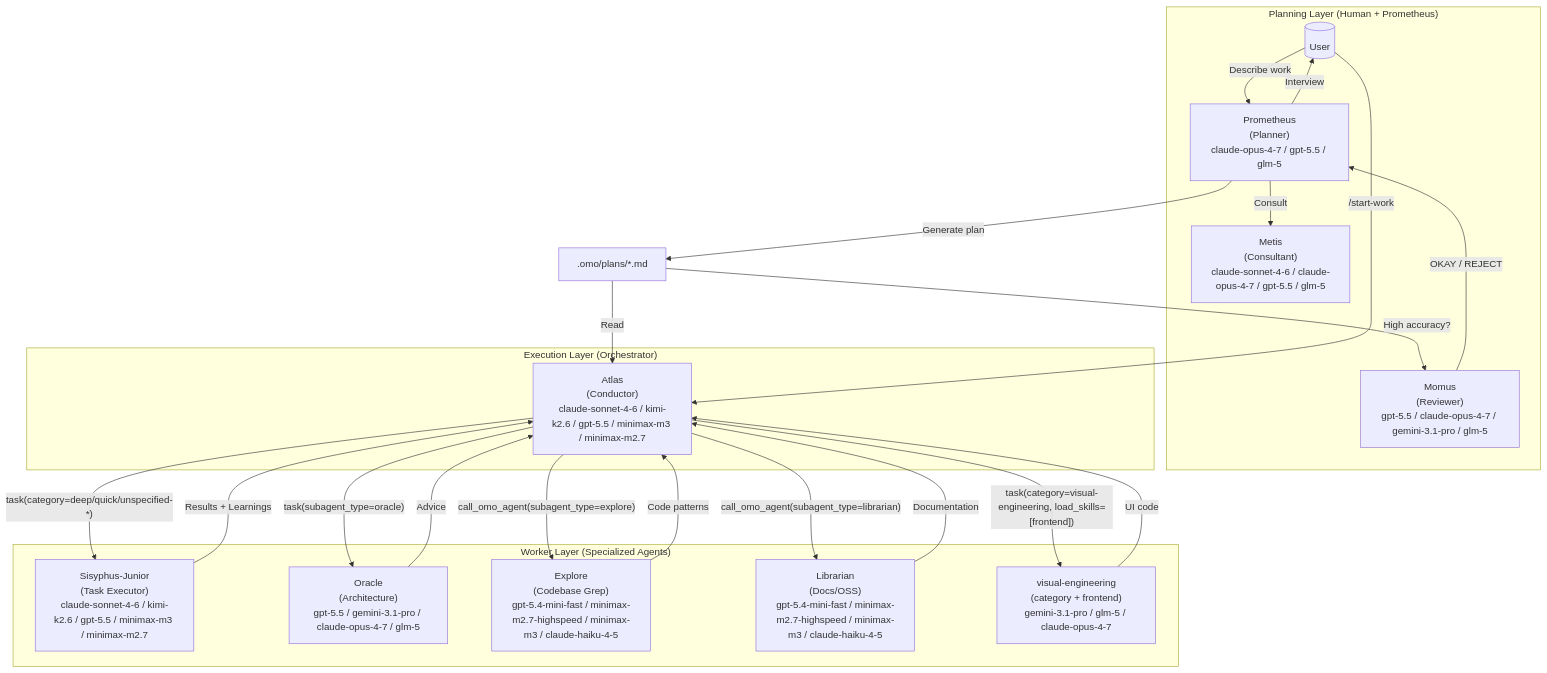
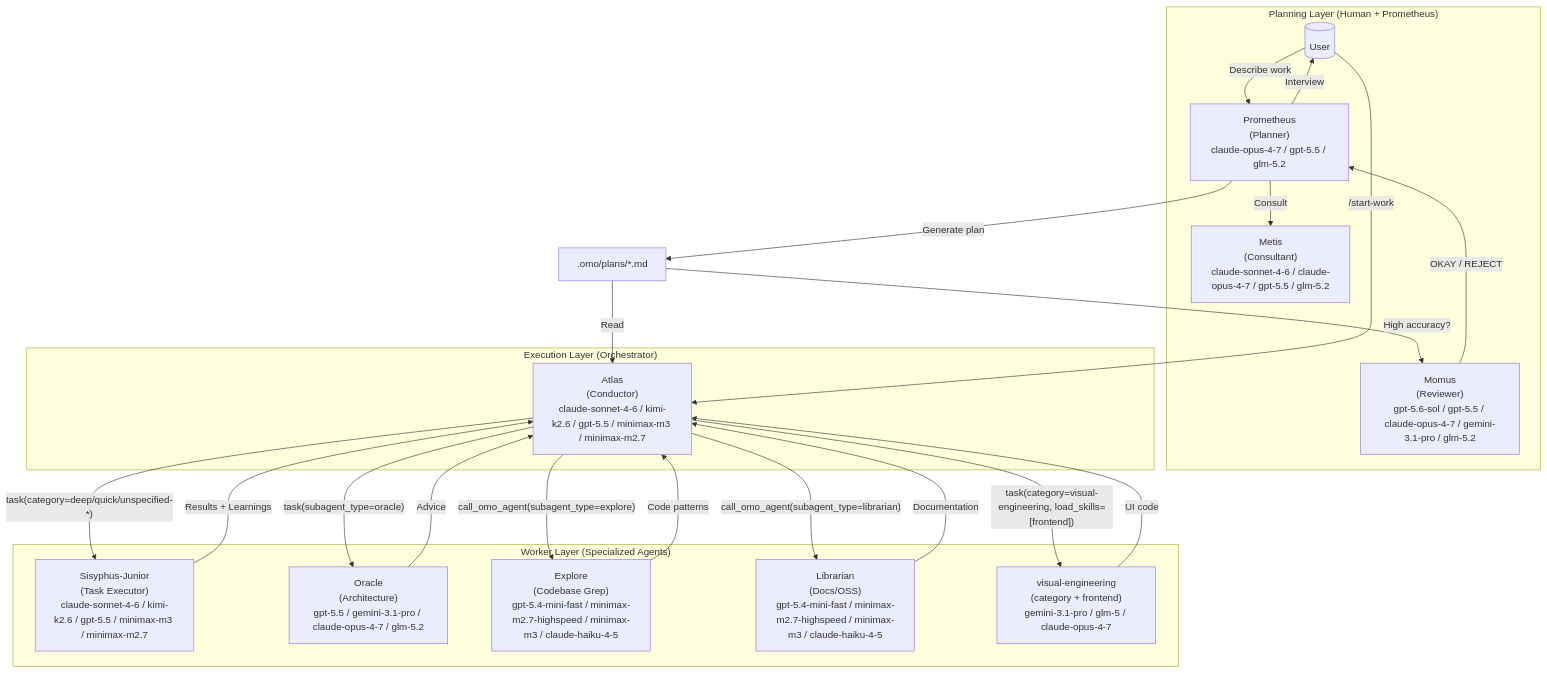
Before and after one commit to gabrielmoreira/agent-skills-mirror: the first of 3 diagrams in mirrors/repos/code-yeongyu@oh-my-openagent/docs/guide/orchestration.md, drawn with Mermaid. The commit also changed other lines of this file and 2900 other files, not shown here.

````diff
--- a/mirrors/repos/code-yeongyu@oh-my-openagent/docs/guide/orchestration.md
+++ b/mirrors/repos/code-yeongyu@oh-my-openagent/docs/guide/orchestration.md
@@ -34,43 +34,43 @@
 ```mermaid
 flowchart TB
     subgraph Planning["Planning Layer (Human + Prometheus)"]
         User[(" User")]
-        Prometheus[" Prometheus<br/>(Planner)<br/>claude-opus-4-7 / gpt-5.5 / glm-5"]
-        Metis[" Metis<br/>(Consultant)<br/>claude-sonnet-4-6 / claude-opus-4-7 / gpt-5.5 / glm-5"]
-        Momus[" Momus<br/>(Reviewer)<br/>gpt-5.5 / claude-opus-4-7 / gemini-3.1-pro / glm-5"]
+        Prometheus[" Prometheus<br/>(Planner)<br/>claude-opus-4-7 / gpt-5.5 / glm-5.2"]
+        Metis[" Metis<br/>(Consultant)<br/>claude-sonnet-4-6 / claude-opus-4-7 / gpt-5.5 / glm-5.2"]
+        Momus[" Momus<br/>(Reviewer)<br/>gpt-5.6-sol / gpt-5.5 / claude-opus-4-7 / gemini-3.1-pro / glm-5.2"]
     end
 
     subgraph Execution["Execution Layer (Orchestrator)"]
         Orchestrator[" Atlas<br/>(Conductor)<br/>claude-sonnet-4-6 / kimi-k2.6 / gpt-5.5 / minimax-m3 / minimax-m2.7"]
     end
 
     subgraph Workers["Worker Layer (Specialized Agents)"]
         Junior[" Sisyphus-Junior<br/>(Task Executor)<br/>claude-sonnet-4-6 / kimi-k2.6 / gpt-5.5 / minimax-m3 / minimax-m2.7"]
-        Oracle[" Oracle<br/>(Architecture)<br/>gpt-5.5 / gemini-3.1-pro / claude-opus-4-7 / glm-5"]
+        Oracle[" Oracle<br/>(Architecture)<br/>gpt-5.5 / gemini-3.1-pro / claude-opus-4-7 / glm-5.2"]
         Explore[" Explore<br/>(Codebase Grep)<br/>gpt-5.4-mini-fast / minimax-m2.7-highspeed / minimax-m3 / claude-haiku-4-5"]
         Librarian[" Librarian<br/>(Docs/OSS)<br/>gpt-5.4-mini-fast / minimax-m2.7-highspeed / minimax-m3 / claude-haiku-4-5"]
         Frontend[" visual-engineering<br/>(category + frontend)<br/>gemini-3.1-pro / glm-5 / claude-opus-4-7"]
     end
 
     User -->|"Describe work"| Prometheus
     Prometheus -->|"Consult"| Metis
     Prometheus -->|"Interview"| User
     Prometheus -->|"Generate plan"| Plan[".omo/plans/*.md"]
     Plan -->|"High accuracy?"| Momus
     Momus -->|"OKAY / REJECT"| Prometheus
 
     User -->|"/start-work"| Orchestrator
     Plan -->|"Read"| Orchestrator
 
     Orchestrator -->|"task(category=deep/quick/unspecified-*)"| Junior
     Orchestrator -->|"task(subagent_type=oracle)"| Oracle
     Orchestrator -->|"call_omo_agent(subagent_type=explore)"| Explore
     Orchestrator -->|"call_omo_agent(subagent_type=librarian)"| Librarian
     Orchestrator -->|"task(category=visual-engineering, load_skills=[frontend])"| Frontend
 
     Junior -->|"Results + Learnings"| Orchestrator
     Oracle -->|"Advice"| Orchestrator
     Explore -->|"Code patterns"| Orchestrator
     Librarian -->|"Documentation"| Orchestrator
     Frontend -->|"UI code"| Orchestrator
 ```
````
